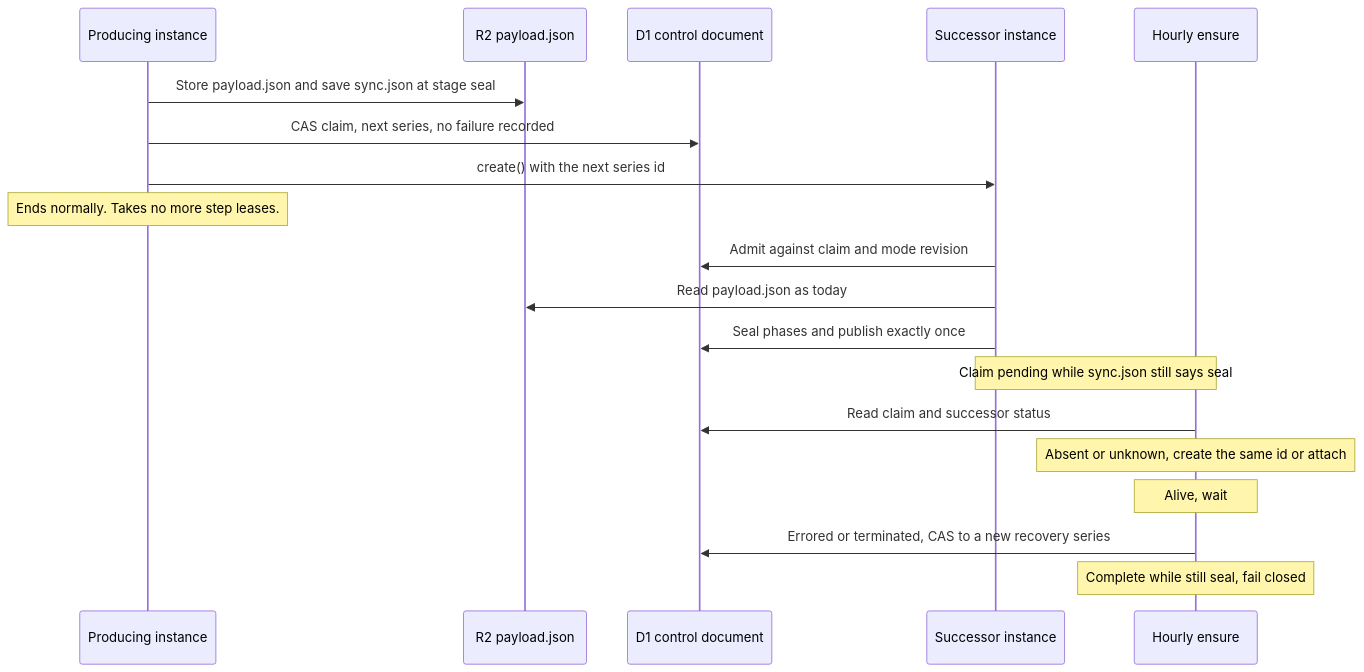
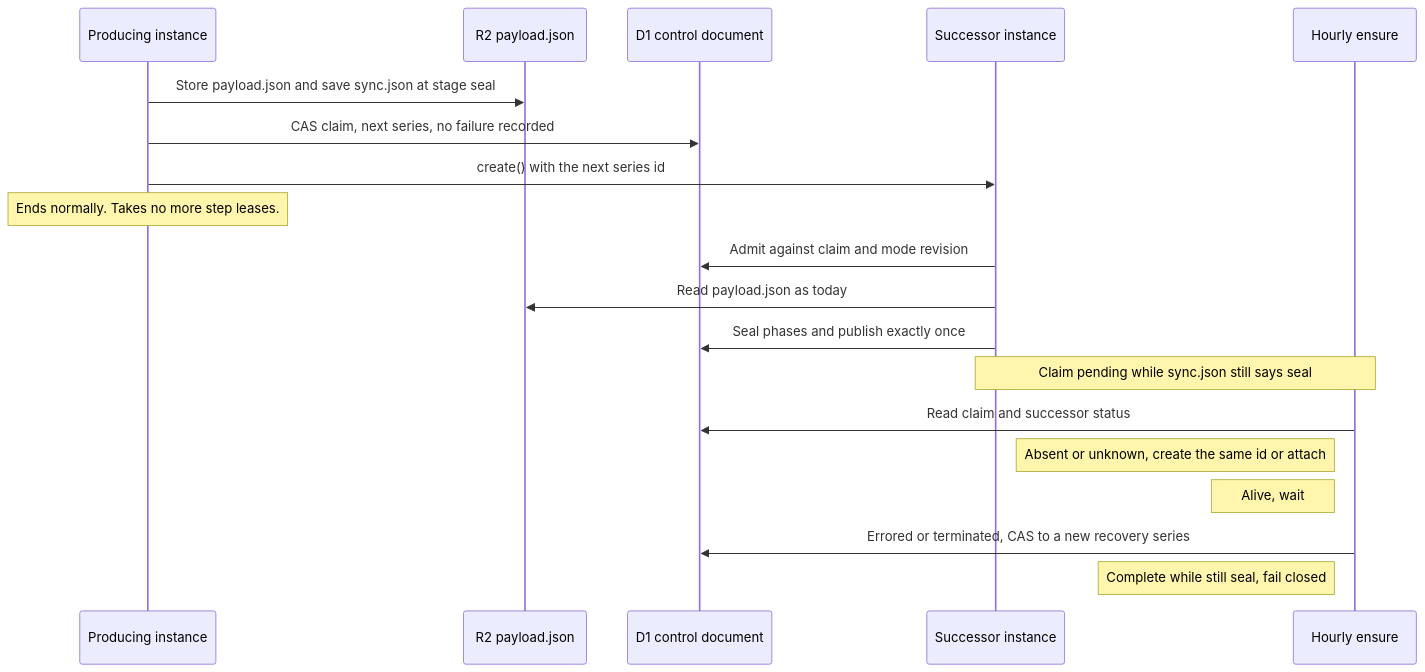
Before and after one commit to vladimino/iptv-watchlist: the seventh of 12 diagrams in docs/architecture/scheduling-and-orchestration.md, drawn with Mermaid.

Commit message:
docs: keep ADR 0144 diagram notes inside the GitHub-rendered viewport

````diff
--- a/docs/architecture/scheduling-and-orchestration.md
+++ b/docs/architecture/scheduling-and-orchestration.md
@@ -216,21 +216,21 @@
 ```mermaid
 sequenceDiagram
     participant P as Producing instance
     participant R2 as R2 payload.json
     participant C as D1 control document
     participant S as Successor instance
     participant H as Hourly ensure
     P->>R2: Store payload.json and save sync.json at stage seal
     P->>C: CAS claim, next series, no failure recorded
     P->>S: create() with the next series id
     Note over P: Ends normally. Takes no more step leases.
     S->>C: Admit against claim and mode revision
     S->>R2: Read payload.json as today
     S->>C: Seal phases and publish exactly once
     Note over H,S: Claim pending while sync.json still says seal
     H->>C: Read claim and successor status
-    Note over H: Absent or unknown, create the same id or attach
-    Note over H: Alive, wait
+    Note left of H: Absent or unknown, create the same id or attach
+    Note left of H: Alive, wait
     H->>C: Errored or terminated, CAS to a new recovery series
-    Note over H: Complete while still seal, fail closed
+    Note left of H: Complete while still seal, fail closed
 ```
````
